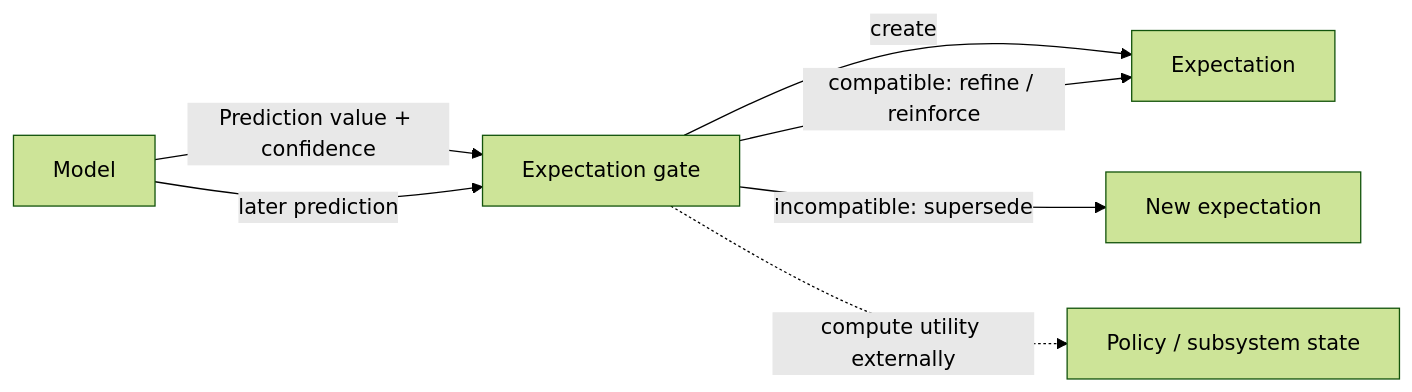
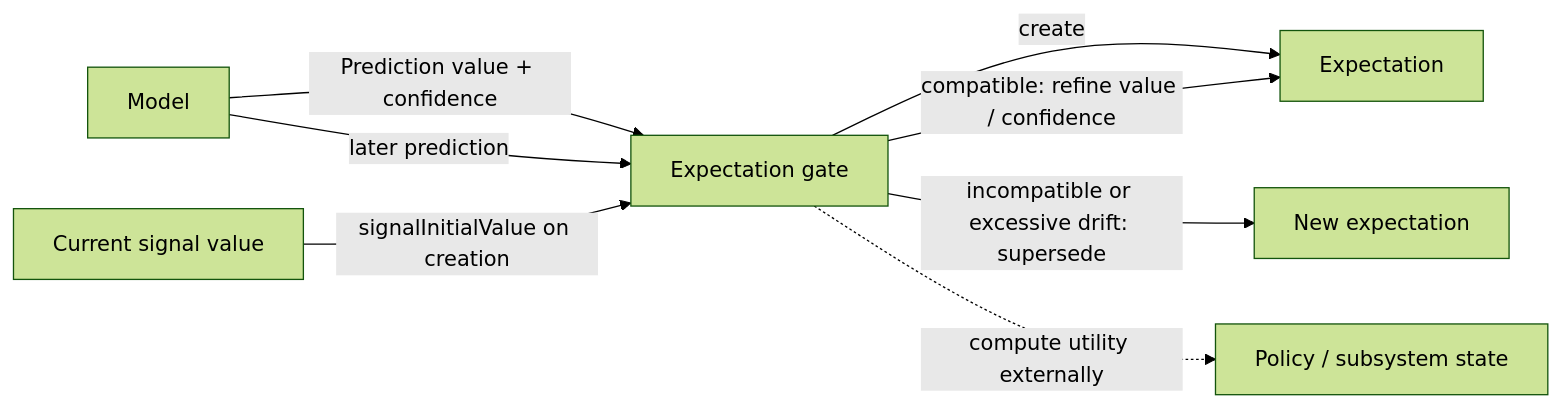
The first of 2 diagrams in docs/expectations.md (skasti/skyn-vaettr), drawn with Mermaid (forest theme) before and after one commit. The commit also changed other lines of this file, not shown here.

Commit message:
Document expectation initial values

````diff
--- a/docs/expectations.md
+++ b/docs/expectations.md
@@ -48,9 +54,10 @@
 ```mermaid
 flowchart LR
     M[Model] -->|Prediction value + confidence| G[Expectation gate]
+    S[Current signal value] -->|signalInitialValue on creation| G
     G -->|create| E[Expectation]
     M -->|later prediction| G
-    G -->|compatible: refine / reinforce| E
-    G -->|incompatible: supersede| N[New expectation]
+    G -->|compatible: refine value / confidence| E
+    G -->|incompatible or excessive drift: supersede| N[New expectation]
     G -.->|compute utility externally| U[Policy / subsystem state]
 ```
````
